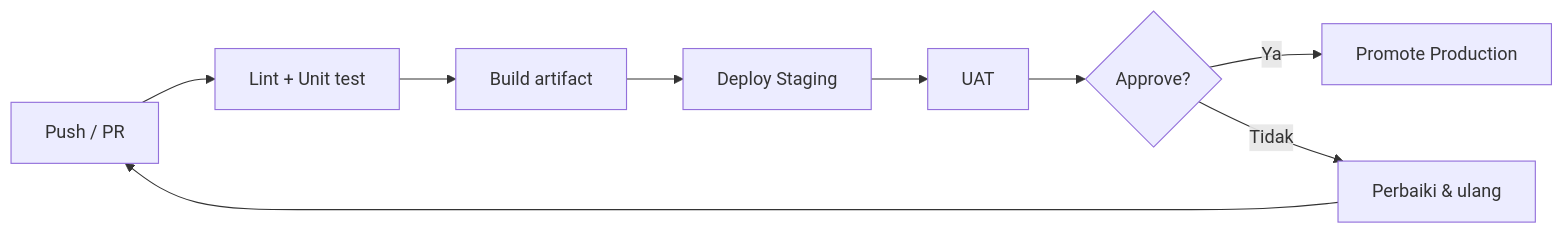
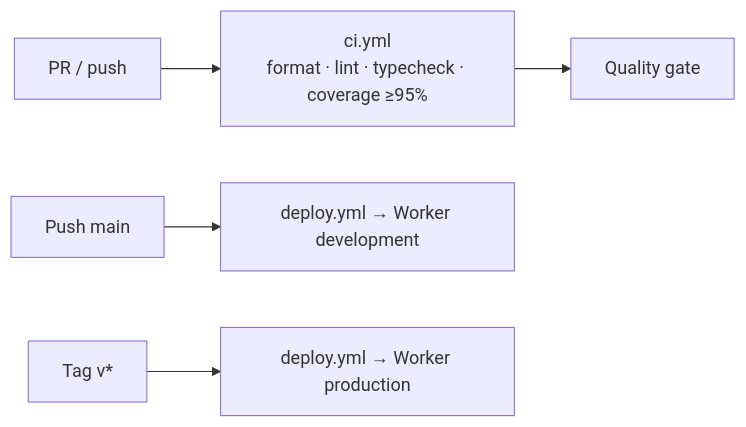
The fifth of 6 diagrams in docs/infrastructure.md (Capstone-Project-Team-B-2026/docs), drawn with Mermaid before and after one commit. The commit also changed other lines of this file and 1 other file, not shown here.

````diff
--- a/docs/infrastructure.md
+++ b/docs/infrastructure.md
@@ -295,11 +345,7 @@
 ```mermaid
 flowchart LR
-  A[Push / PR] --> B[Lint + Unit test]
-  B --> C[Build artifact]
-  C --> D[Deploy Staging]
-  D --> E[UAT]
-  E --> F{Approve?}
-  F -->|Ya| G[Promote Production]
-  F -->|Tidak| H[Perbaiki & ulang]
-  H --> A
+  PR[PR / push] --> CI[ci.yml<br/>format · lint · typecheck · coverage ≥95%]
+  PushMain[Push main] --> DeployDev[deploy.yml → Worker development]
+  Tag[Tag v*] --> DeployProd[deploy.yml → Worker production]
+  CI --> Gate[Quality gate]
 ```
````
